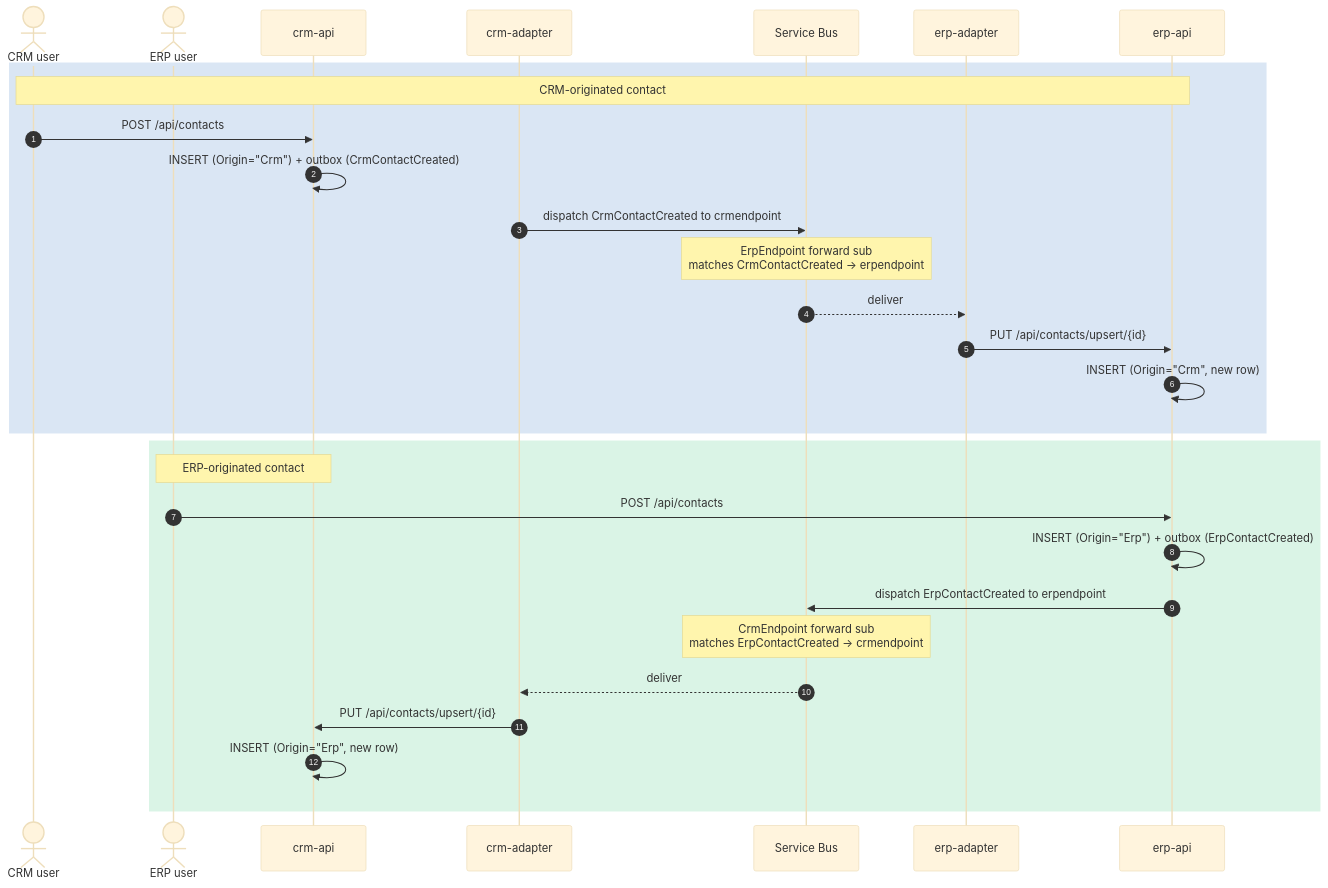
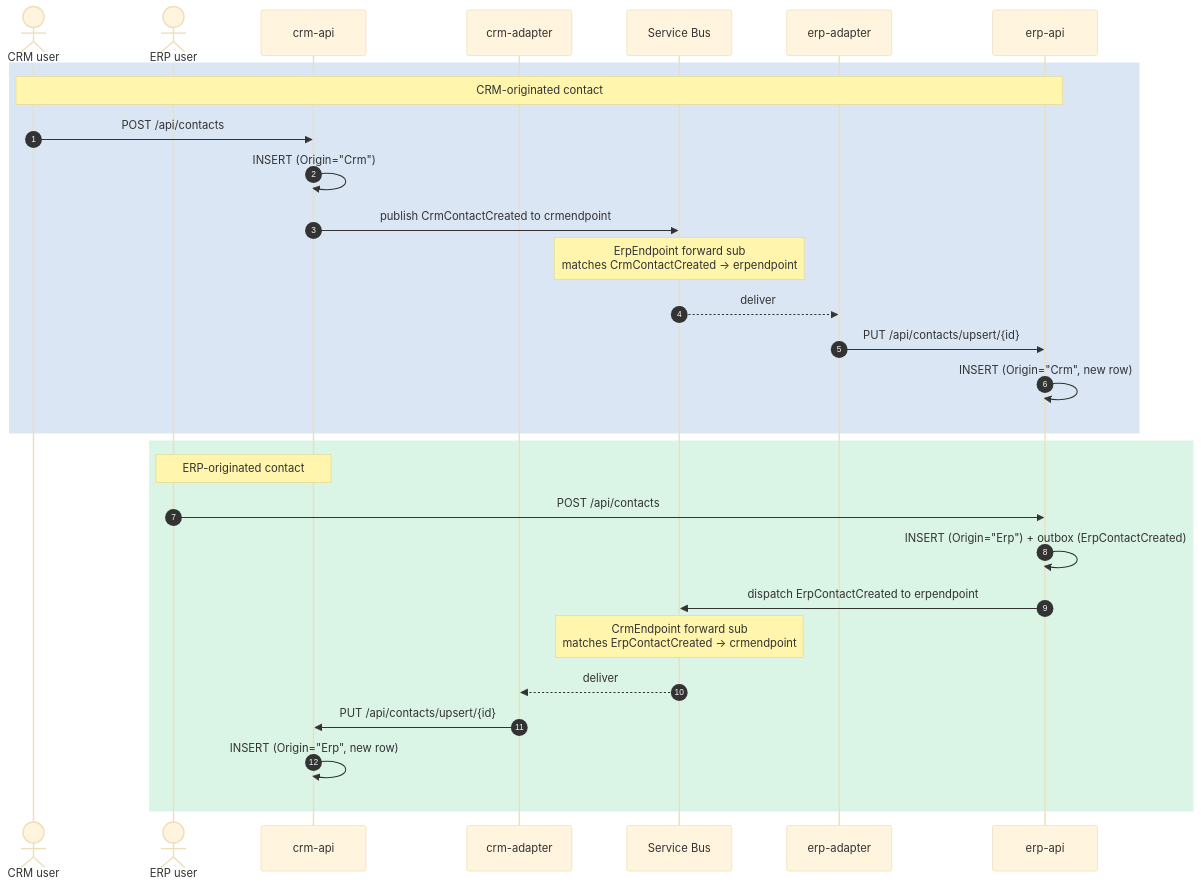
Before and after one commit to akakaule/NimBus: the fifth of 6 diagrams in samples/CrmErpDemo/README.md, drawn with Mermaid (base theme). The commit also changed other lines of this file and 18 other files, not shown here.

First line of the commit message:
refactor(samples): CrmErpDemo CRM-side publishes directly; outbox demo lives on ERP

````diff
--- a/samples/CrmErpDemo/README.md
+++ b/samples/CrmErpDemo/README.md
@@ -220,33 +216,33 @@
 ```mermaid
 sequenceDiagram
     autonumber
     actor U1 as CRM user
     actor U2 as ERP user
     participant CrmApi as crm-api
     participant CrmAd as crm-adapter
     participant SB as Service Bus
     participant ErpAd as erp-adapter
     participant ErpApi as erp-api
 
     rect rgba(70, 130, 200, 0.2)
         Note over U1,ErpApi: CRM-originated contact
         U1->>CrmApi: POST /api/contacts
-        CrmApi->>CrmApi: INSERT (Origin="Crm") + outbox (CrmContactCreated)
-        CrmAd->>SB: dispatch CrmContactCreated to crmendpoint
+        CrmApi->>CrmApi: INSERT (Origin="Crm")
+        CrmApi->>SB: publish CrmContactCreated to crmendpoint
         Note over SB: ErpEndpoint forward sub<br/>matches CrmContactCreated → erpendpoint
         SB-->>ErpAd: deliver
         ErpAd->>ErpApi: PUT /api/contacts/upsert/{id}
         ErpApi->>ErpApi: INSERT (Origin="Crm", new row)
     end
 
     rect rgba(70, 200, 130, 0.2)
         Note over U2,CrmApi: ERP-originated contact
         U2->>ErpApi: POST /api/contacts
         ErpApi->>ErpApi: INSERT (Origin="Erp") + outbox (ErpContactCreated)
         ErpApi->>SB: dispatch ErpContactCreated to erpendpoint
         Note over SB: CrmEndpoint forward sub<br/>matches ErpContactCreated → crmendpoint
         SB-->>CrmAd: deliver
         CrmAd->>CrmApi: PUT /api/contacts/upsert/{id}
         CrmApi->>CrmApi: INSERT (Origin="Erp", new row)
     end
 ```
````
